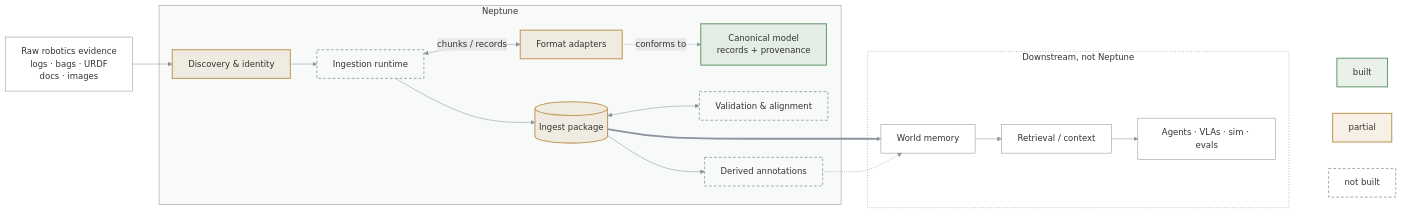
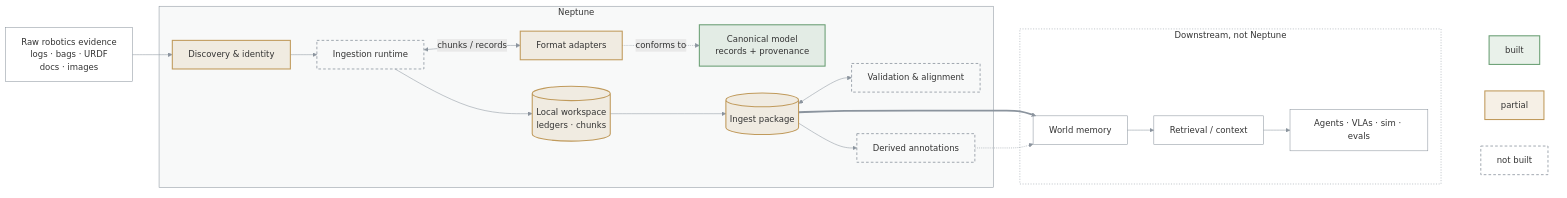
Before and after one commit to bennytay/neptune: the diagram in ARCHITECTURE.md, drawn with Mermaid. The commit also changed 10 other files, not shown here.

First line of the commit message:
feat(store): keep ingest state in a local workspace and read sources in place

````diff
--- a/ARCHITECTURE.md
+++ b/ARCHITECTURE.md
@@ -3,49 +3,50 @@
 ```mermaid
 flowchart LR
   RAW["Raw robotics evidence<br/>logs · bags · URDF<br/>docs · images"]
 
   subgraph N["Neptune"]
     DISC["Discovery &amp; identity"]
     RT["Ingestion runtime"]
+    WS[("Local workspace<br/>ledgers · chunks")]
     AD["Format adapters"]
     CAN["Canonical model<br/>records + provenance"]
     PKG[("Ingest package")]
     VAL["Validation &amp; alignment"]
     DER["Derived annotations"]
   end
 
   subgraph D["Downstream, not Neptune"]
     MEM["World memory"]
     RET["Retrieval / context"]
     USE["Agents · VLAs · sim · evals"]
   end
 
   RAW --> DISC --> RT
   RT <-->|chunks / records| AD
   AD -.->|conforms to| CAN
-  RT --> PKG
+  RT --> WS --> PKG
   PKG <--> VAL
   PKG --> DER
   PKG ==> MEM --> RET --> USE
   DER -.-> MEM
 
   subgraph KEY[" "]
     K1["built"]
     K2["partial"]
     K3["not built"]
   end
   USE ~~~ K1 & K2 & K3
 
   classDef built fill:#6a9f7426,stroke:#6a9f74,stroke-width:2px
   classDef partial fill:#c09a5b26,stroke:#c09a5b,stroke-width:2px
   classDef todo fill:none,stroke:#8b949e,stroke-width:1.5px,stroke-dasharray:5 4
   classDef ext fill:none,stroke:#8b949e,stroke-width:1px
   class CAN,K1 built
-  class DISC,AD,PKG,K2 partial
+  class DISC,AD,WS,PKG,K2 partial
   class RT,VAL,DER,K3 todo
   class RAW,MEM,RET,USE ext
   style N fill:#8b949e0f,stroke:#8b949e
   style D fill:none,stroke:#8b949e,stroke-dasharray:2 3
   style KEY fill:none,stroke:none
   linkStyle default stroke:#8b949e
 ```
````
